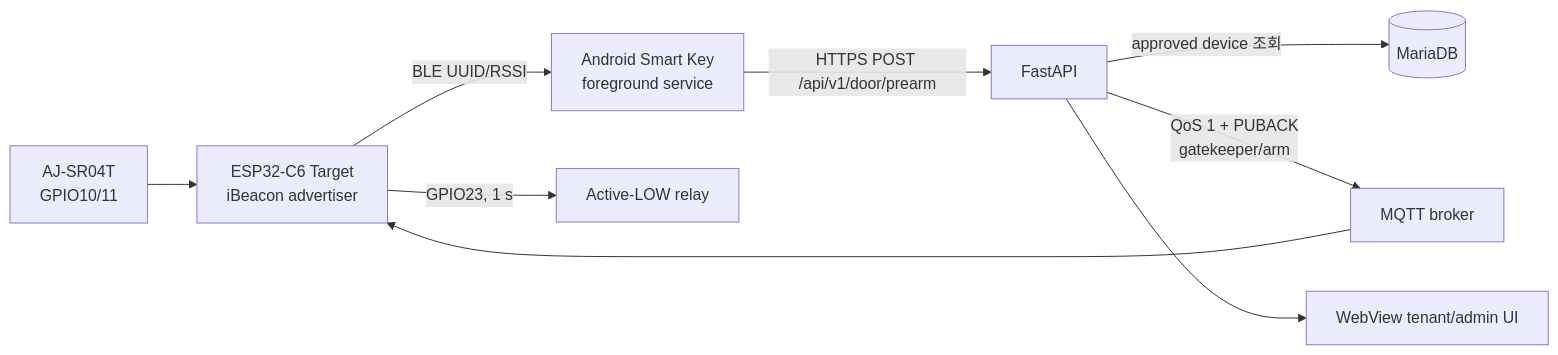
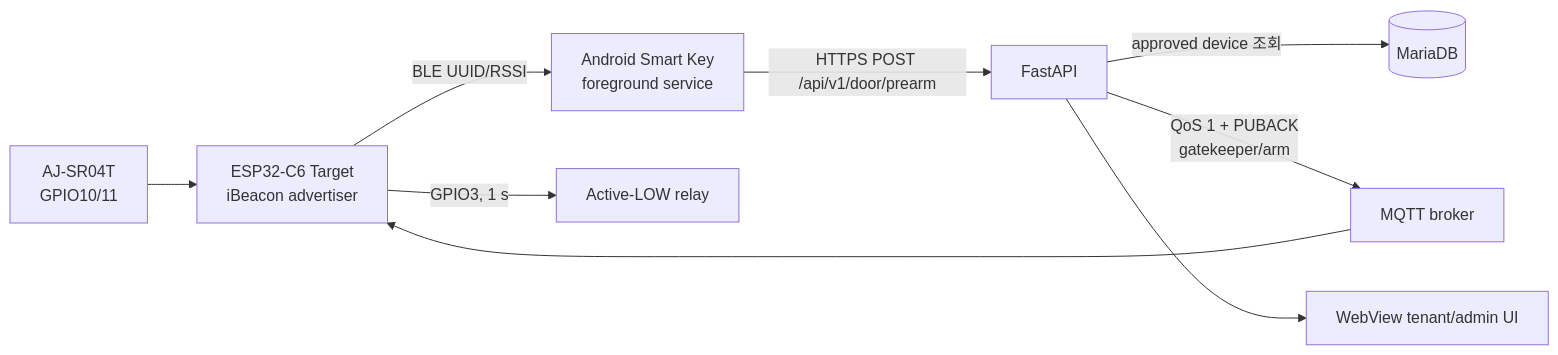
One commit to ks-house/smart-gatekeeper changed the first of 2 diagrams in wiki/architecture.md. Above: the diagram before and after it, drawn with Mermaid. The commit also changed other lines of this file and 17 other files, not shown here.

````diff
--- a/wiki/architecture.md
+++ b/wiki/architecture.md
@@ -8,11 +8,11 @@
 ```mermaid
 flowchart LR
   T[ESP32-C6 Target\niBeacon advertiser] -->|BLE UUID/RSSI| A[Android Smart Key\nforeground service]
   A -->|HTTPS POST /api/v1/door/prearm| B[FastAPI]
   B -->|approved device 조회| D[(MariaDB)]
   B -->|QoS 1 + PUBACK\ngatekeeper/arm| M[MQTT broker]
   M --> T
   S[AJ-SR04T\nGPIO10/11] --> T
-  T -->|GPIO23, 1 s| R[Active-LOW relay]
+  T -->|GPIO3, 1 s| R[Active-LOW relay]
   B --> W[WebView tenant/admin UI]
 ```
````
